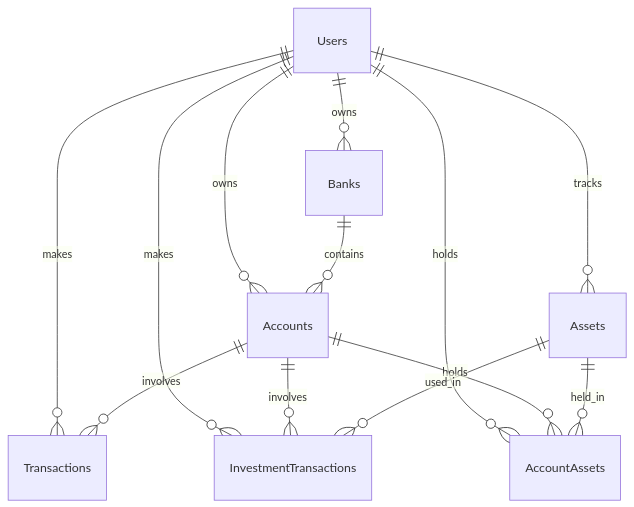
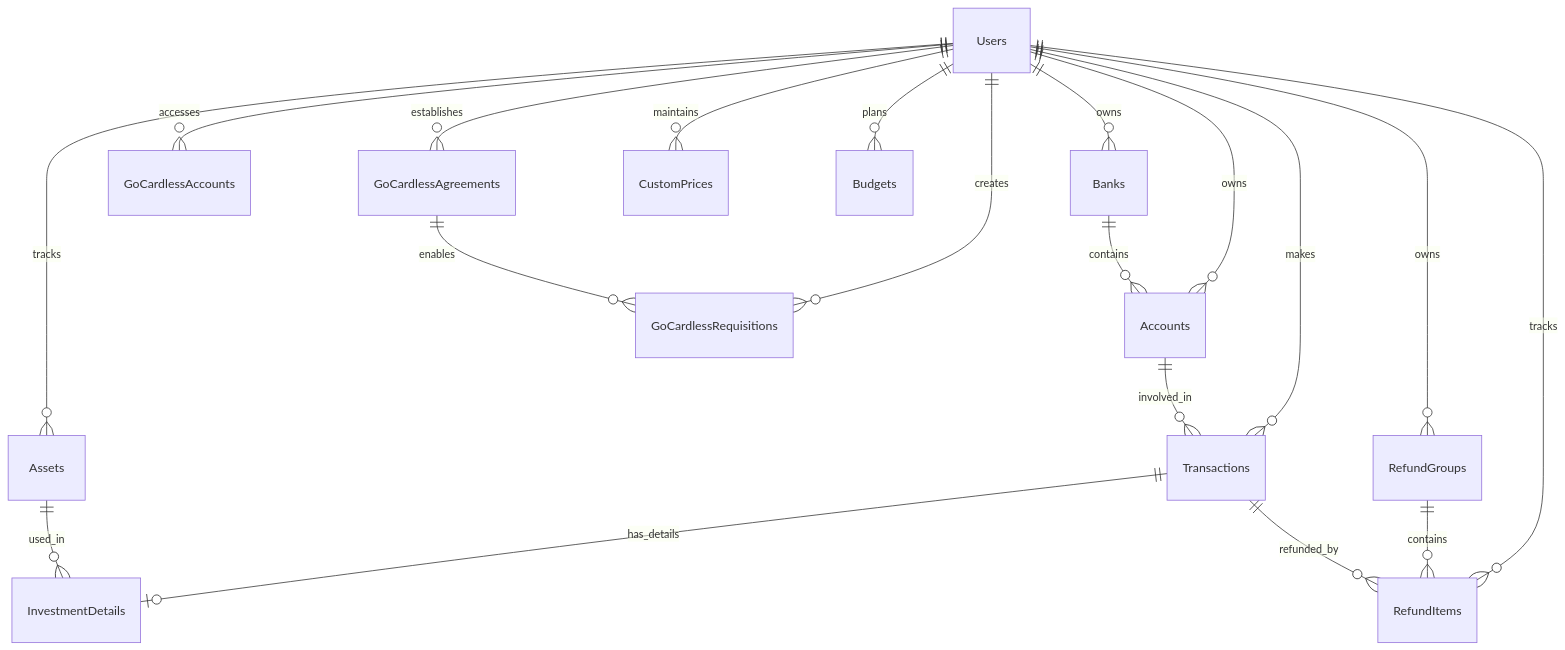
The diagram in DATABASE_STRUCTURE.md (AlanJumeaucourt/wealth_manager), drawn with Mermaid before and after one commit. The commit also changed other lines of this file, not shown here.

````diff
--- a/DATABASE_STRUCTURE.md
+++ b/DATABASE_STRUCTURE.md
@@ -183,15 +286,21 @@
 ```mermaid
 erDiagram
     Users ||--o{ Banks : owns
     Users ||--o{ Accounts : owns
     Users ||--o{ Transactions : makes
     Users ||--o{ Assets : tracks
-    Users ||--o{ InvestmentTransactions : makes
-    Users ||--o{ AccountAssets : holds
     Banks ||--o{ Accounts : contains
-    Accounts ||--o{ Transactions : involves
-    Accounts ||--o{ InvestmentTransactions : involves
-    Accounts ||--o{ AccountAssets : holds
-    Assets ||--o{ InvestmentTransactions : used_in
-    Assets ||--o{ AccountAssets : held_in
+    Accounts ||--o{ Transactions : involved_in
+    Transactions ||--o| InvestmentDetails : has_details
+    Assets ||--o{ InvestmentDetails : used_in
+    Users ||--o{ RefundGroups : owns
+    Users ||--o{ RefundItems : tracks
+    RefundGroups ||--o{ RefundItems : contains
+    Transactions ||--o{ RefundItems : refunded_by
+    Users ||--o{ GoCardlessRequisitions : creates
+    Users ||--o{ GoCardlessAccounts : accesses
+    Users ||--o{ GoCardlessAgreements : establishes
+    GoCardlessAgreements ||--o{ GoCardlessRequisitions : enables
+    Users ||--o{ CustomPrices : maintains
+    Users ||--o{ Budgets : plans
 ```
````
